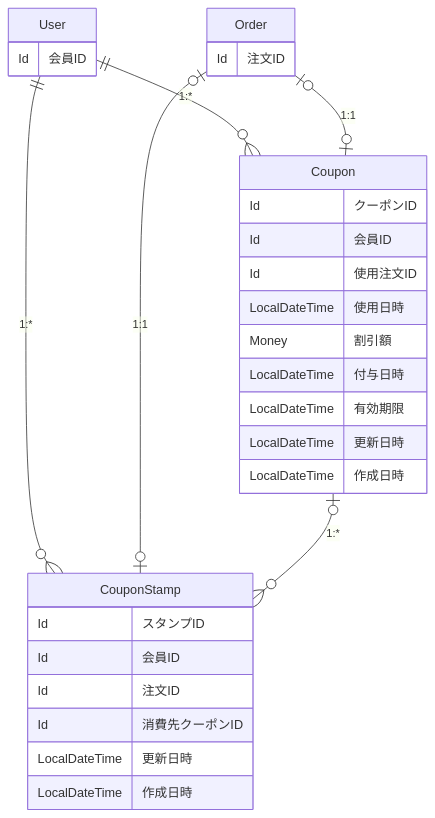
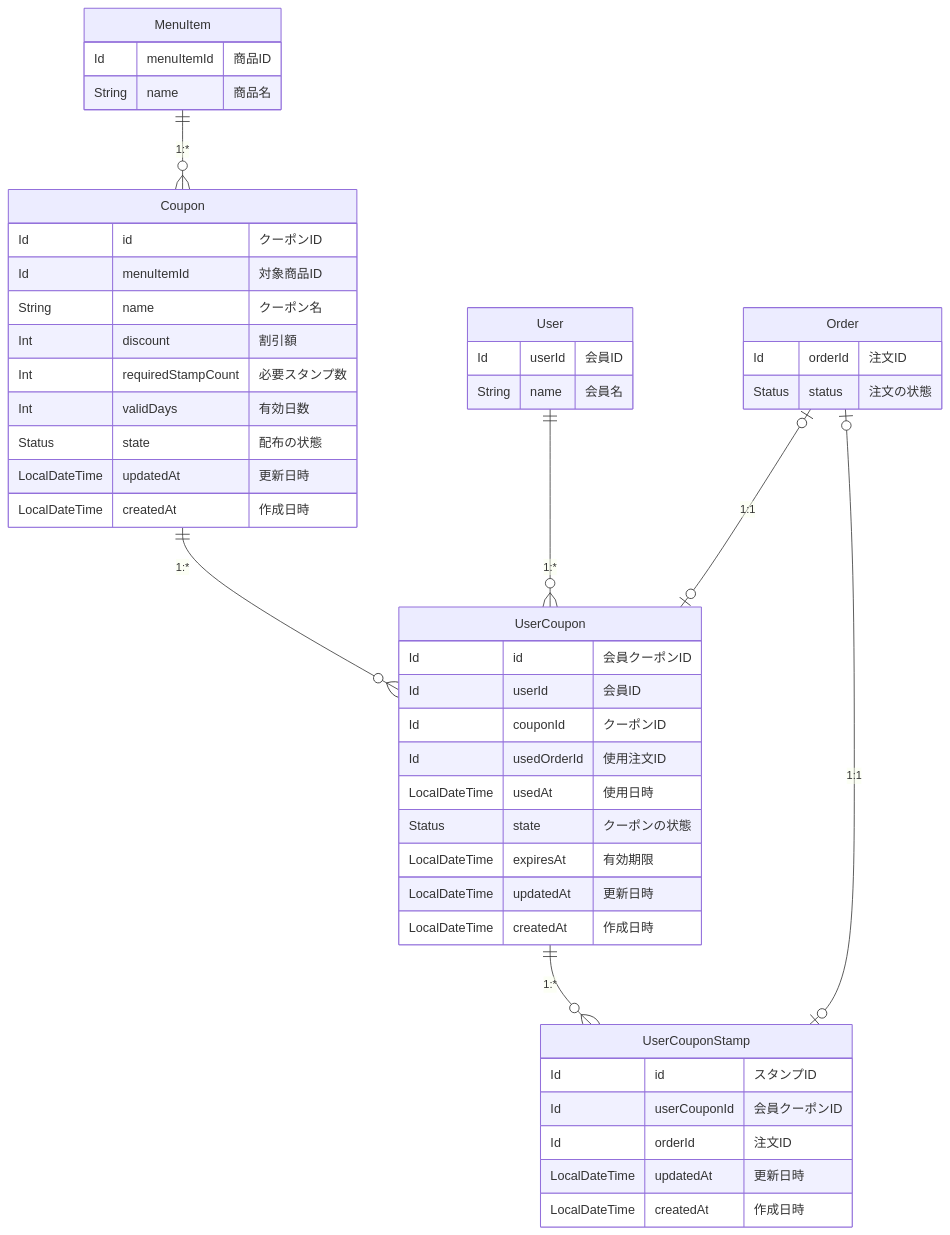
The diagram in docs/domain/stampCard/03_design.md (uekan-source/education-book-scala-app), drawn with Mermaid before and after one commit. The commit also changed other lines of this file and 3 other files, not shown here.

````diff
--- a/docs/domain/stampCard/03_design.md
+++ b/docs/domain/stampCard/03_design.md
@@ -37,34 +41,51 @@
 ```mermaid
 erDiagram
-    User   ||--o{ CouponStamp : "1:*"
-    User   ||--o{ Coupon      : "1:*"
-    Order  |o--o| CouponStamp : "1:1"
-    Coupon |o--o{ CouponStamp : "1:*"
-    Order  |o--o| Coupon      : "1:1"
+    MenuItem   ||--o{ Coupon          : "1:*"
+    Coupon     ||--o{ UserCoupon      : "1:*"
+    User       ||--o{ UserCoupon      : "1:*"
+    Order      |o--o| UserCoupon      : "1:1"
+    UserCoupon ||--o{ UserCouponStamp : "1:*"
+    Order      |o--o| UserCouponStamp : "1:1"
 
+    MenuItem {
+        Id menuItemId "商品ID"
+        String name "商品名"
+    }
     User {
-        Id 会員ID
+        Id userId "会員ID"
+        String name "会員名"
     }
     Order {
-        Id 注文ID
-    }
-    CouponStamp {
-        Id スタンプID
-        Id 会員ID
-        Id 注文ID
-        Id 消費先クーポンID
-        LocalDateTime 更新日時
-        LocalDateTime 作成日時
+        Id orderId "注文ID"
+        Status status "注文の状態"
     }
     Coupon {
-        Id クーポンID
-        Id 会員ID
-        Id 使用注文ID
-        LocalDateTime 使用日時
-        Money 割引額
-        LocalDateTime 付与日時
-        LocalDateTime 有効期限
-        LocalDateTime 更新日時
-        LocalDateTime 作成日時
+        Id id "クーポンID"
+        Id menuItemId "対象商品ID"
+        String name "クーポン名"
+        Int discount "割引額"
+        Int requiredStampCount "必要スタンプ数"
+        Int validDays "有効日数"
+        Status state "配布の状態"
+        LocalDateTime updatedAt "更新日時"
+        LocalDateTime createdAt "作成日時"
+    }
+    UserCoupon {
+        Id id "会員クーポンID"
+        Id userId "会員ID"
+        Id couponId "クーポンID"
+        Id usedOrderId "使用注文ID"
+        LocalDateTime usedAt "使用日時"
+        Status state "クーポンの状態"
+        LocalDateTime expiresAt "有効期限"
+        LocalDateTime updatedAt "更新日時"
+        LocalDateTime createdAt "作成日時"
+    }
+    UserCouponStamp {
+        Id id "スタンプID"
+        Id userCouponId "会員クーポンID"
+        Id orderId "注文ID"
+        LocalDateTime updatedAt "更新日時"
+        LocalDateTime createdAt "作成日時"
     }
 ```
````
